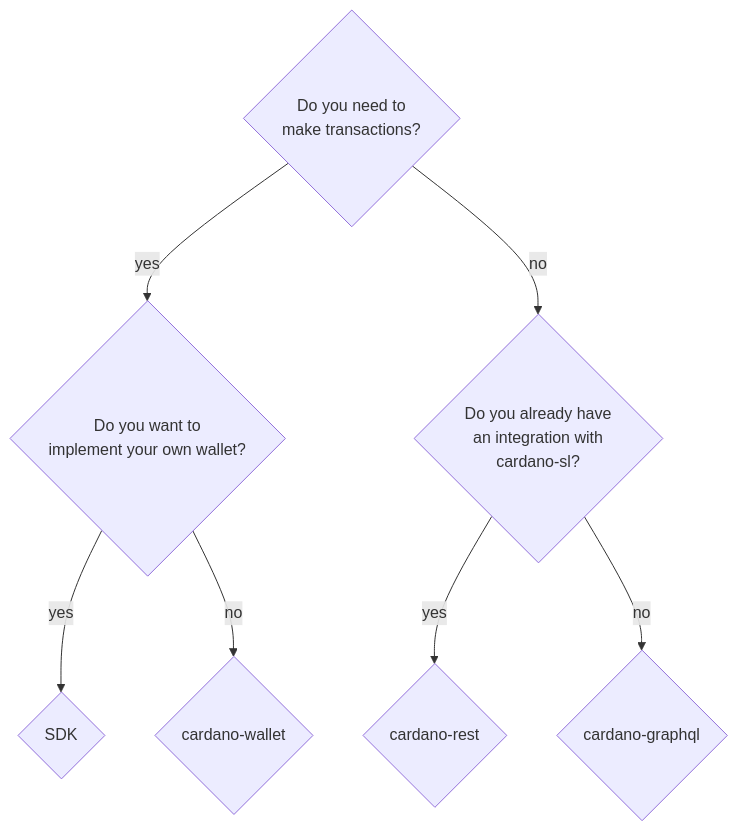
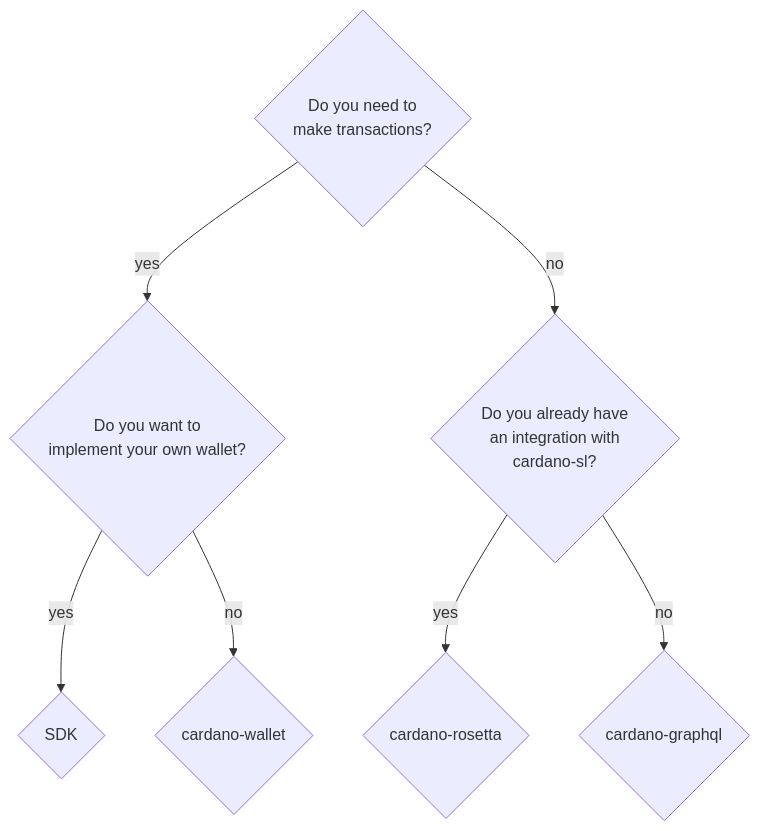
The second of 2 diagrams in user-guide/content/docs/architecture.md (input-output-hk/adrestia), drawn with Mermaid before and after one commit. The commit also changed other lines of this file, not shown here.

Commit message:
update decision graph and add cardano-submit-api

```diff
--- a/user-guide/content/docs/architecture.md
+++ b/user-guide/content/docs/architecture.md
@@ -72,18 +73,18 @@
 {{<mermaid>}}
 graph TD
 QMakeTx{Do you need to <br/> make transactions?}
 QManageUTxO{Do you want to <br/>implement your own wallet?}
 QAlreadyIntegrated{Do you already have<br/>an integration with<br/>cardano-sl?}
 
 GraphQL{cardano-graphql}
-Rest{cardano-rest}
+Rosetta{cardano-rosetta}
 SDK{SDK}
 Wallet{cardano-wallet}
 
 QMakeTx-->|yes| QManageUTxO
 QMakeTx-->|no| QAlreadyIntegrated
-QAlreadyIntegrated-->|yes| Rest
+QAlreadyIntegrated-->|yes| Rosetta
 QAlreadyIntegrated-->|no| GraphQL
 QManageUTxO-->|yes| SDK
 QManageUTxO-->|no| Wallet
 {{</mermaid>}}
```
